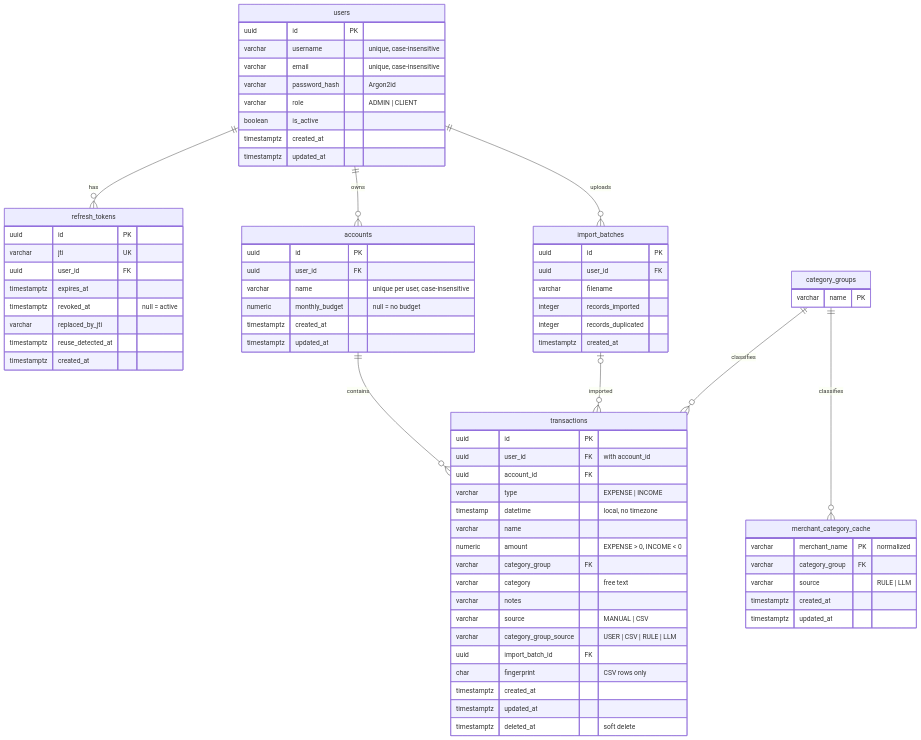
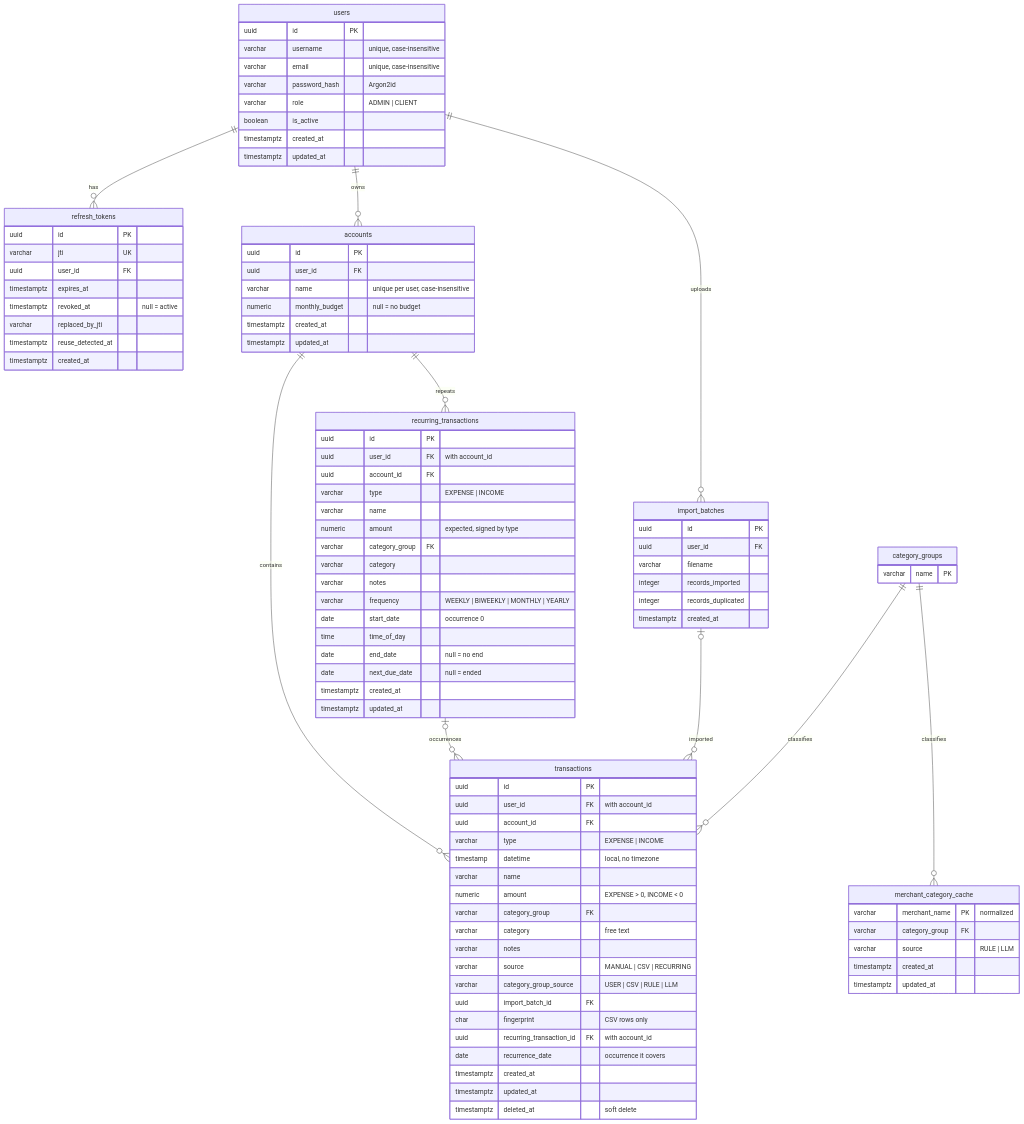
One commit to marcoPachecoM/Financial-Coach changed the diagram in docs/database.md. Above: the diagram before and after it, drawn with Mermaid. The commit also changed other lines of this file and 69 other files, not shown here.

```diff
--- a/docs/database.md
+++ b/docs/database.md
@@ -10,6 +10,8 @@
     users ||--o{ accounts : "owns"
     users ||--o{ import_batches : "uploads"
     accounts ||--o{ transactions : "contains"
+    accounts ||--o{ recurring_transactions : "repeats"
+    recurring_transactions |o--o{ transactions : "occurrences"
     import_batches |o--o{ transactions : "imported"
     category_groups ||--o{ transactions : "classifies"
     category_groups ||--o{ merchant_category_cache : "classifies"
@@ -69,13 +71,34 @@
         varchar category_group FK
         varchar category "free text"
         varchar notes
-        varchar source "MANUAL | CSV"
+        varchar source "MANUAL | CSV | RECURRING"
         varchar category_group_source "USER | CSV | RULE | LLM"
         uuid import_batch_id FK
         char fingerprint "CSV rows only"
+        uuid recurring_transaction_id FK "with account_id"
+        date recurrence_date "occurrence it covers"
         timestamptz created_at
         timestamptz updated_at
         timestamptz deleted_at "soft delete"
+    }
+
+    recurring_transactions {
+        uuid id PK
+        uuid user_id FK "with account_id"
+        uuid account_id FK
+        varchar type "EXPENSE | INCOME"
+        varchar name
+        numeric amount "expected, signed by type"
+        varchar category_group FK
+        varchar category
+        varchar notes
+        varchar frequency "WEEKLY | BIWEEKLY | MONTHLY | YEARLY"
+        date start_date "occurrence 0"
+        time time_of_day
+        date end_date "null = no end"
+        date next_due_date "null = ended"
+        timestamptz created_at
+        timestamptz updated_at
     }
 
     merchant_category_cache {
```
